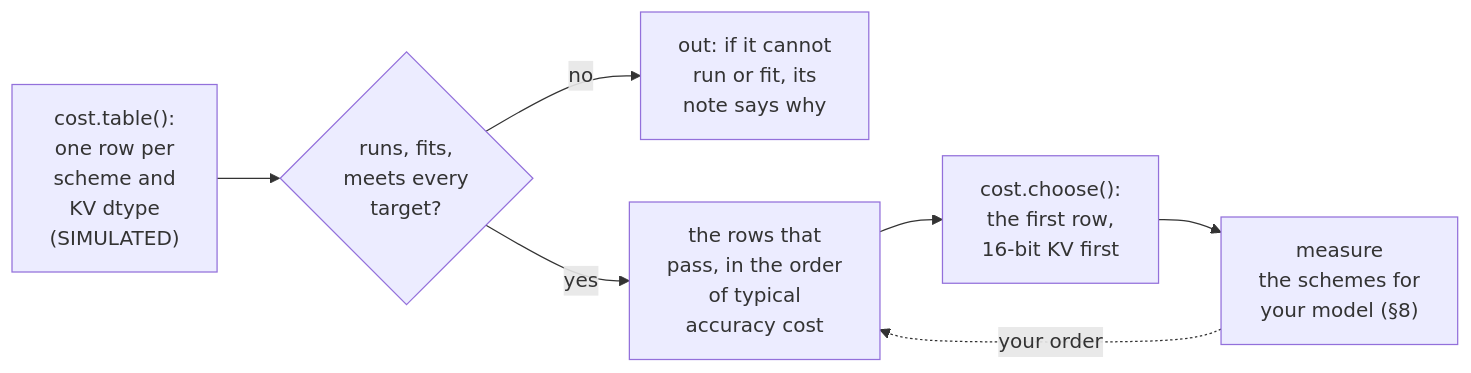
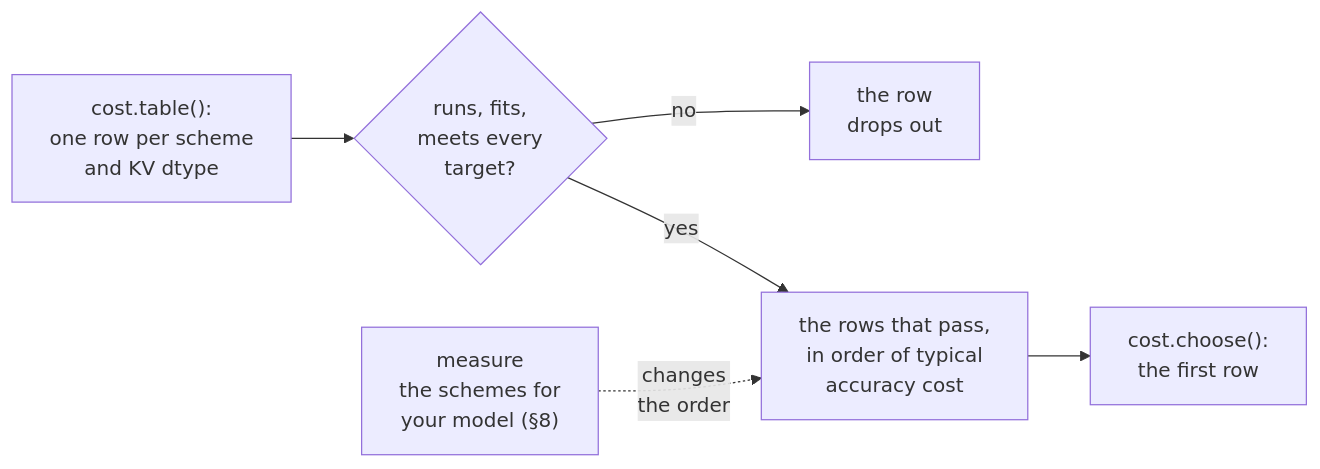
One commit to aniryou/full-stack-agentic-engineer changed the third of 3 diagrams in 04-inference-engine/quantization/PRIMER.md. Above: the diagram before and after it, drawn with Mermaid. The commit also changed other lines of this file and 211 other files, not shown here.

````diff
--- a/04-inference-engine/quantization/PRIMER.md
+++ b/04-inference-engine/quantization/PRIMER.md
@@ -875,9 +887,8 @@
 ```mermaid
 flowchart LR
-  T["cost.table():<br/>one row per<br/>scheme and<br/>KV dtype<br/>(SIMULATED)"] --> A{"runs, fits,<br/>meets every<br/>target?"}
-  A -->|"no"| X["out: if it cannot<br/>run or fit, its<br/>note says why"]
-  A -->|"yes"| O["the rows that<br/>pass, in the order<br/>of typical<br/>accuracy cost"]
-  O --> C["cost.choose():<br/>the first row,<br/>16-bit KV first"]
-  C --> M["measure<br/>the schemes for<br/>your model (§8)"]
-  M -.->|"your order"| O
+  T["cost.table():<br/>one row per scheme<br/>and KV dtype"] --> A{"runs, fits,<br/>meets every<br/>target?"}
+  A -->|"no"| X["the row<br/>drops out"]
+  A -->|"yes"| O["the rows that pass,<br/>in order of typical<br/>accuracy cost"]
+  M["measure<br/>the schemes for<br/>your model (§8)"] -.->|"changes<br/>the order"| O
+  O --> C["cost.choose():<br/>the first row"]
 ```
````
